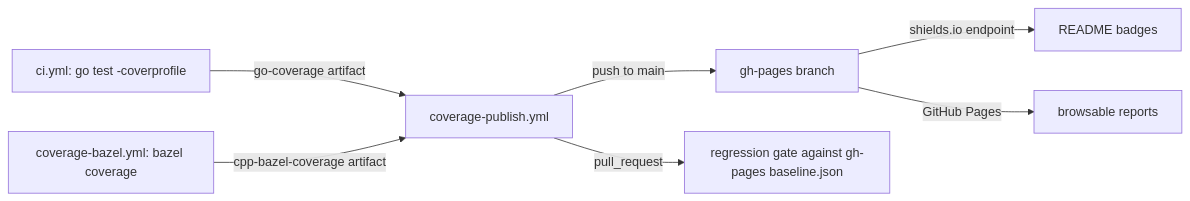
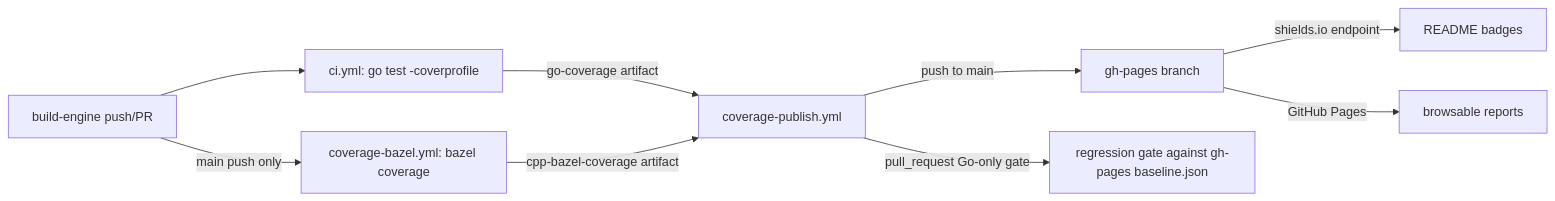
The diagram in docs/dev/coverage/README.md (vantaboard/bigquery-emulator), drawn with Mermaid before and after one commit. The commit also changed other lines of this file and 4 other files, not shown here.

First line of the commit message:
fix(ci): run coverage-bazel on main only and reuse engine cache

````diff
--- a/docs/dev/coverage/README.md
+++ b/docs/dev/coverage/README.md
@@ -26,9 +26,11 @@
 ```mermaid
 flowchart LR
-  go[ci.yml: go test -coverprofile] -->|go-coverage artifact| pub[coverage-publish.yml]
-  cpp[coverage-bazel.yml: bazel coverage] -->|cpp-bazel-coverage artifact| pub
+  buildEngine[build-engine push/PR] --> ci[ci.yml: go test -coverprofile]
+  buildEngine -->|"main push only"| cpp[coverage-bazel.yml: bazel coverage]
+  ci -->|go-coverage artifact| pub[coverage-publish.yml]
+  cpp -->|cpp-bazel-coverage artifact| pub
   pub -->|"push to main"| gh[gh-pages branch]
-  pub -->|"pull_request"| gate[regression gate against gh-pages baseline.json]
+  pub -->|"pull_request Go-only gate"| gate[regression gate against gh-pages baseline.json]
   gh -->|shields.io endpoint| readme["README badges"]
   gh -->|GitHub Pages| browse["browsable reports"]
 ```
````
